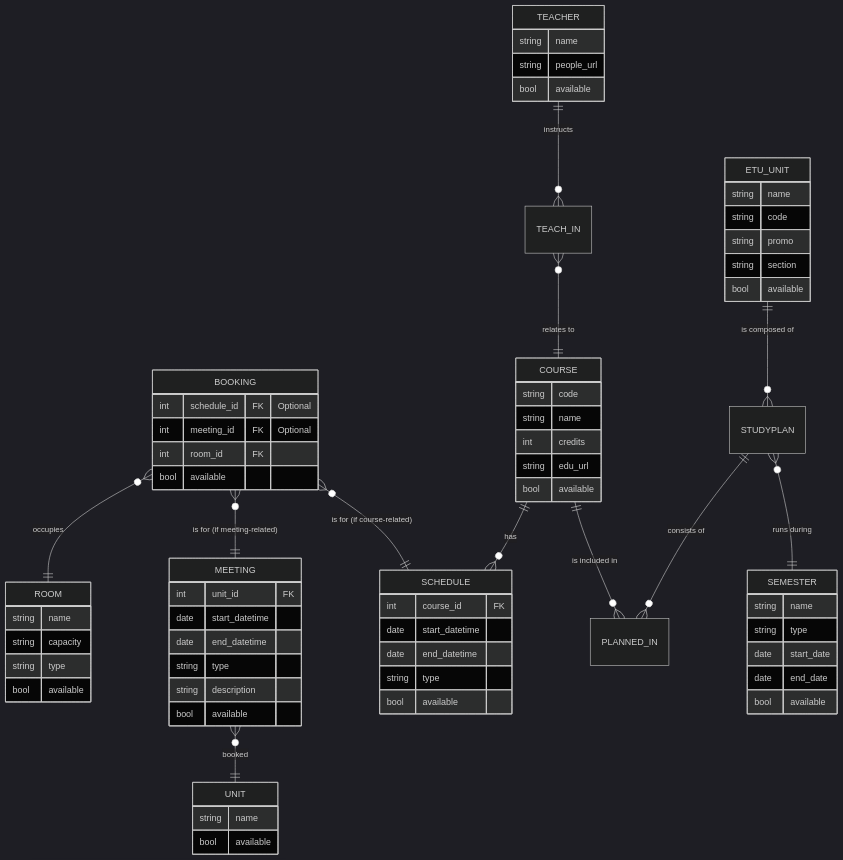
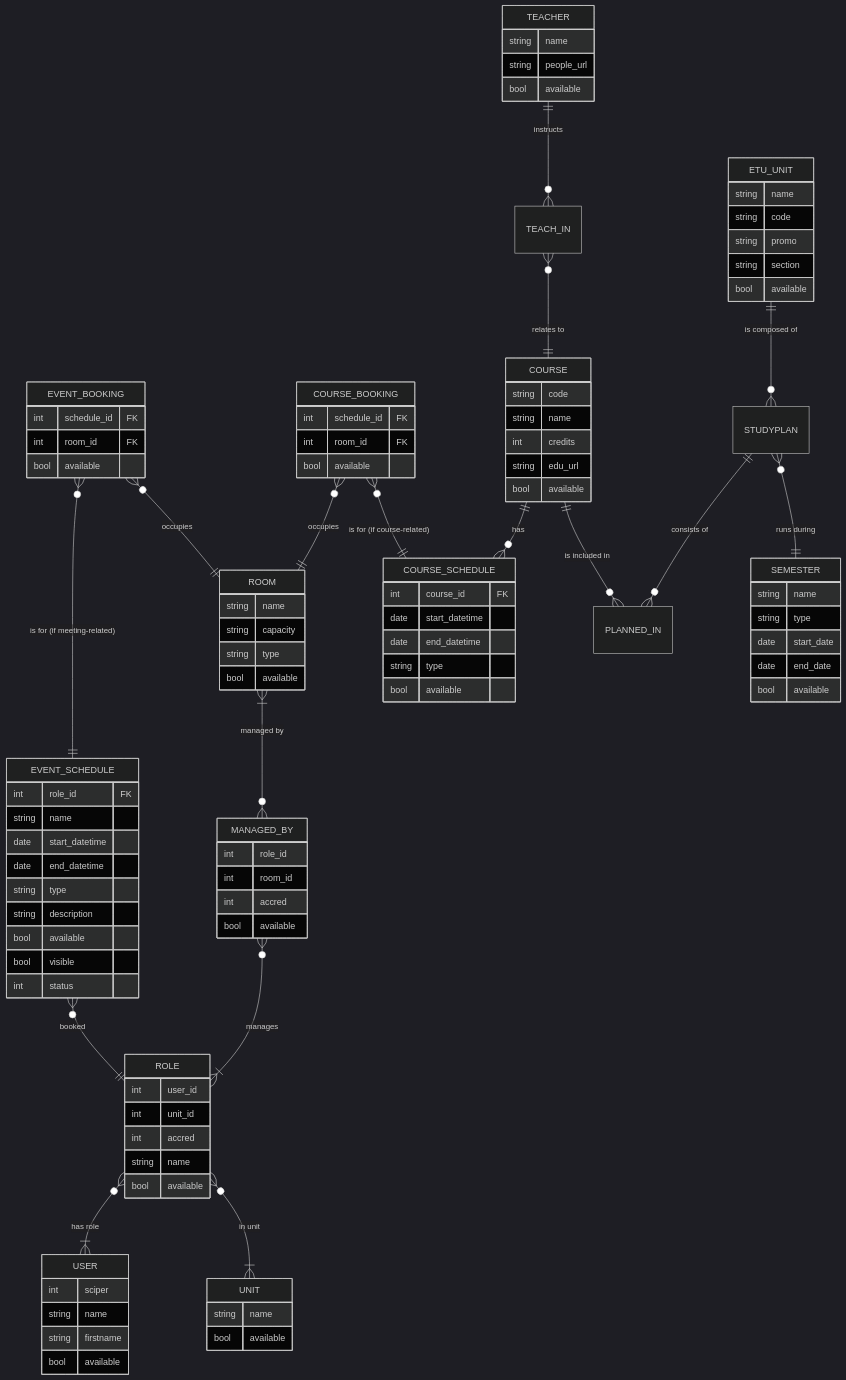
Before and after one commit to antoninfaure/occupancy-epfl: the diagram in README.md, drawn with Mermaid (dark theme).

Commit message:
update ER model in readme.md

````diff
--- a/README.md
+++ b/README.md
@@ -38,37 +38,70 @@
 ```mermaid
 erDiagram
-    BOOKING }o--|| ROOM : "occupies"
-    BOOKING }o--|| MEETING : "is for (if meeting-related)"
-    BOOKING }o--|| SCHEDULE : "is for (if course-related)"
-    COURSE ||--o{ SCHEDULE : "has"
+    EVENT_BOOKING }o--|| EVENT_SCHEDULE : "is for (if meeting-related)"
+    COURSE_BOOKING }o--|| ROOM : "occupies"
+    COURSE_BOOKING }o--|| COURSE_SCHEDULE : "is for (if course-related)"
+    COURSE ||--o{ COURSE_SCHEDULE : "has"
     TEACH_IN }o--|| COURSE : "relates to"
+    EVENT_BOOKING }o--|| ROOM : "occupies"
     TEACHER ||--o{ TEACH_IN: "instructs"
     COURSE ||--o{ PLANNED_IN : "is included in"
     STUDYPLAN ||--o{ PLANNED_IN : "consists of"
     STUDYPLAN }o--|| SEMESTER : "runs during"
     ETU_UNIT ||--o{ STUDYPLAN : "is composed of"
-    MEETING }o--|| UNIT : "booked"
-
-
+    EVENT_SCHEDULE }o--|| ROLE : "booked"
+    ROLE }o--|{ USER : "has role"
+    ROLE }o--|{ UNIT : "in unit"
+    ROOM }|--o{ MANAGED_BY : "managed by"
+    MANAGED_BY }o--|{ ROLE : "manages"
 
     UNIT {
       string name
       bool available
     }
 
-    BOOKING {
-        int schedule_id FK "Optional"
-        int meeting_id FK "Optional"
+    ROLE {
+        int user_id
+        int unit_id
+        int accred
+        string name
+        bool available
+    }
+
+    MANAGED_BY {
+      int role_id
+      int room_id
+      int accred
+      bool available
+    }
+
+
+
+    COURSE_BOOKING {
+        int schedule_id FK
         int room_id FK
         bool available
     }
 
-    MEETING {
-        int unit_id FK
+
+
+    EVENT_SCHEDULE {
+        int role_id FK
+        string name
         date start_datetime
         date end_datetime
         string type
         string description
+        bool available
+        bool visible
+        int status
+    }
+
+   
+
+    USER {
+        int sciper
+        string name
+        string firstname
         bool available
     }
 
@@ -79,7 +112,7 @@
         bool available
     }
 
-    SCHEDULE {
+    COURSE_SCHEDULE {
         int course_id FK
         date start_datetime
         date end_datetime
@@ -118,4 +151,10 @@
         bool available
     }
 
+    EVENT_BOOKING {
+        int schedule_id FK
+        int room_id FK
+        bool available
+    }
+
 ```
````
